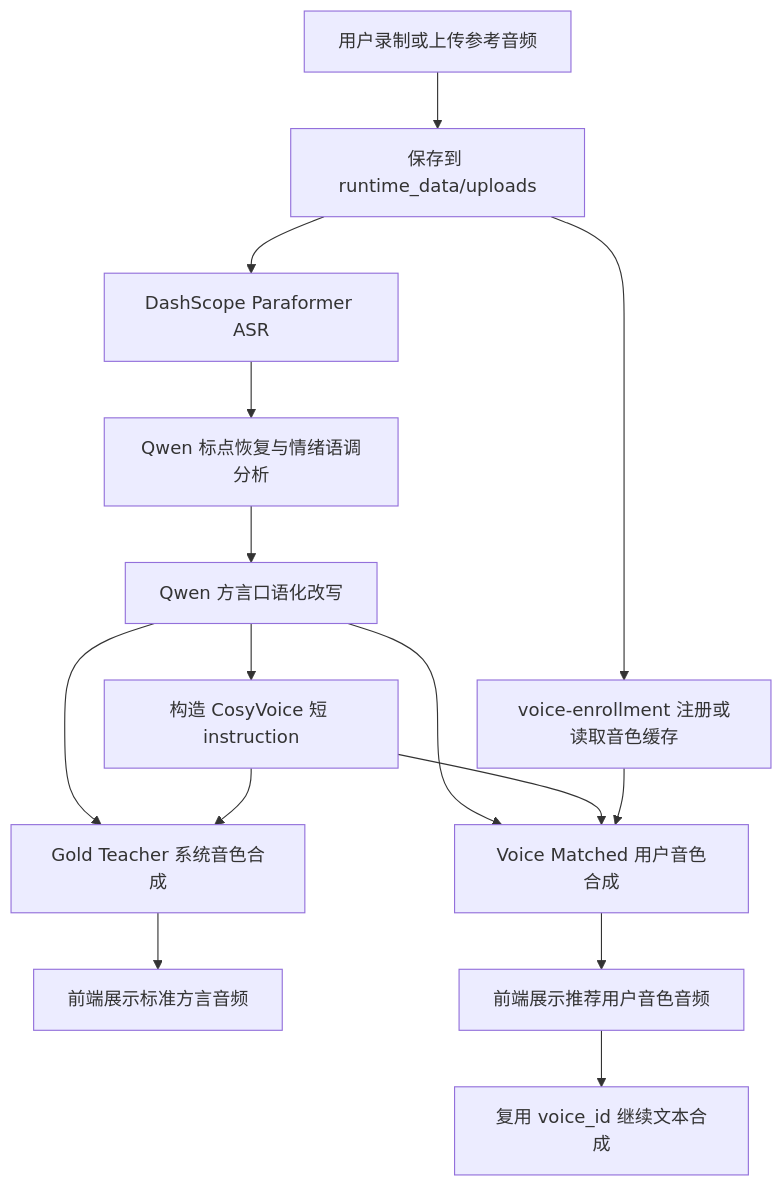
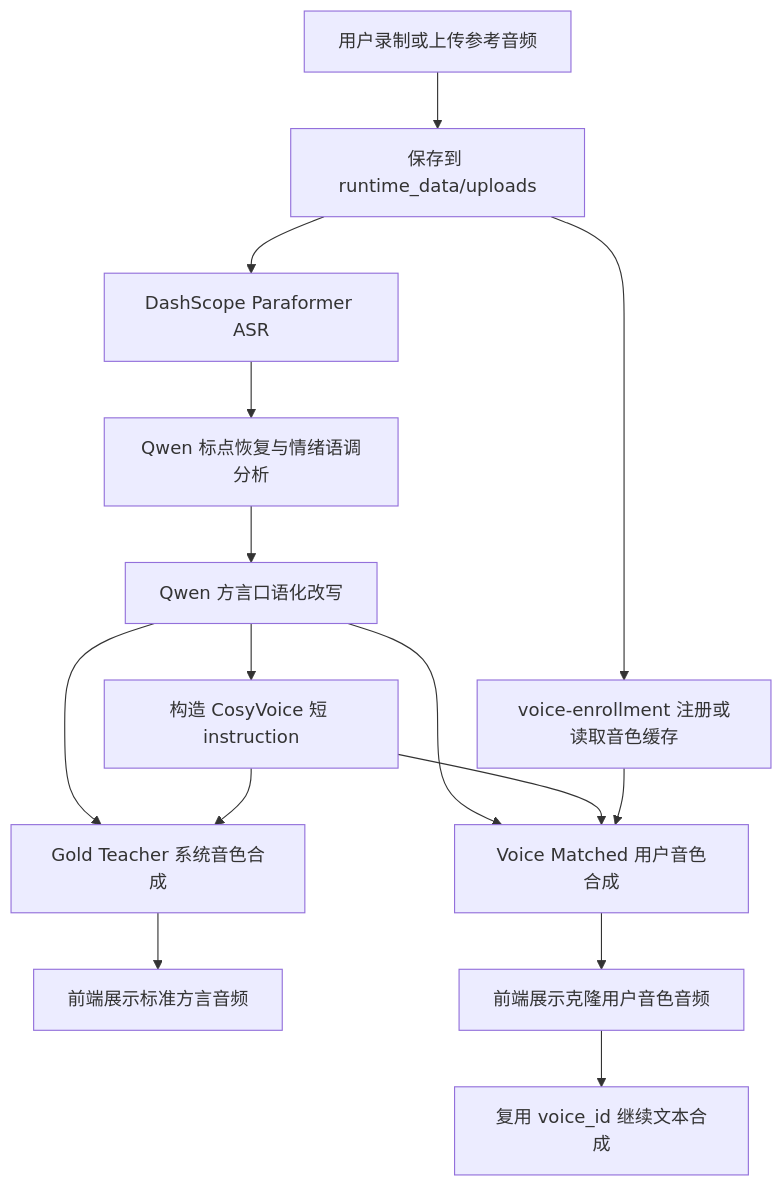
The diagram in README.md (woxihuanhanzixie/DialectConvert), drawn with Mermaid before and after one commit.

Commit message:
Update README to reflect audio cloning feature

````diff
--- a/README.md
+++ b/README.md
@@ -46,17 +46,17 @@
 ```mermaid
 flowchart TD
     A[用户录制或上传参考音频] --> B[保存到 runtime_data/uploads]
     B --> C[DashScope Paraformer ASR]
     C --> D[Qwen 标点恢复与情绪语调分析]
     D --> E[Qwen 方言口语化改写]
     E --> F[构造 CosyVoice 短 instruction]
     B --> G[voice-enrollment 注册或读取音色缓存]
     E --> H[Gold Teacher 系统音色合成]
     F --> H
     E --> I[Voice Matched 用户音色合成]
     F --> I
     G --> I
     H --> J[前端展示标准方言音频]
-    I --> K[前端展示推荐用户音色音频]
+    I --> K[前端展示克隆用户音色音频]
     K --> L[复用 voice_id 继续文本合成]
 ```
````
